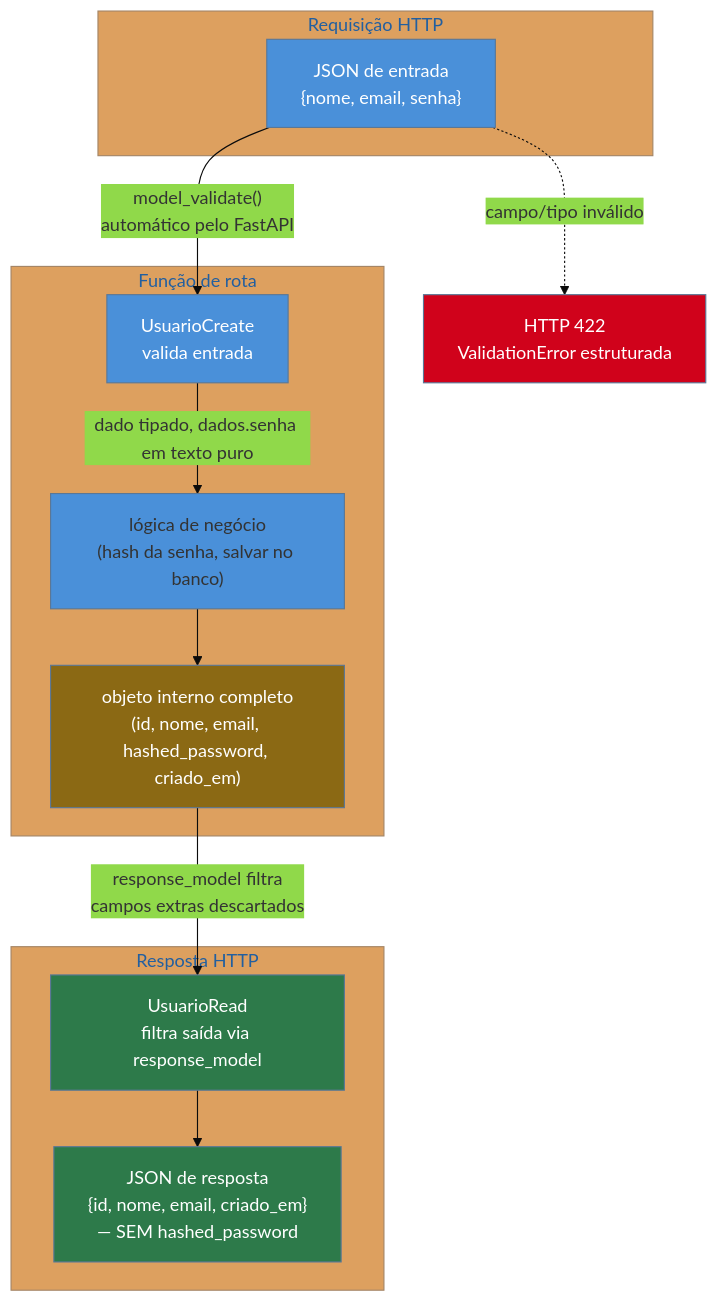
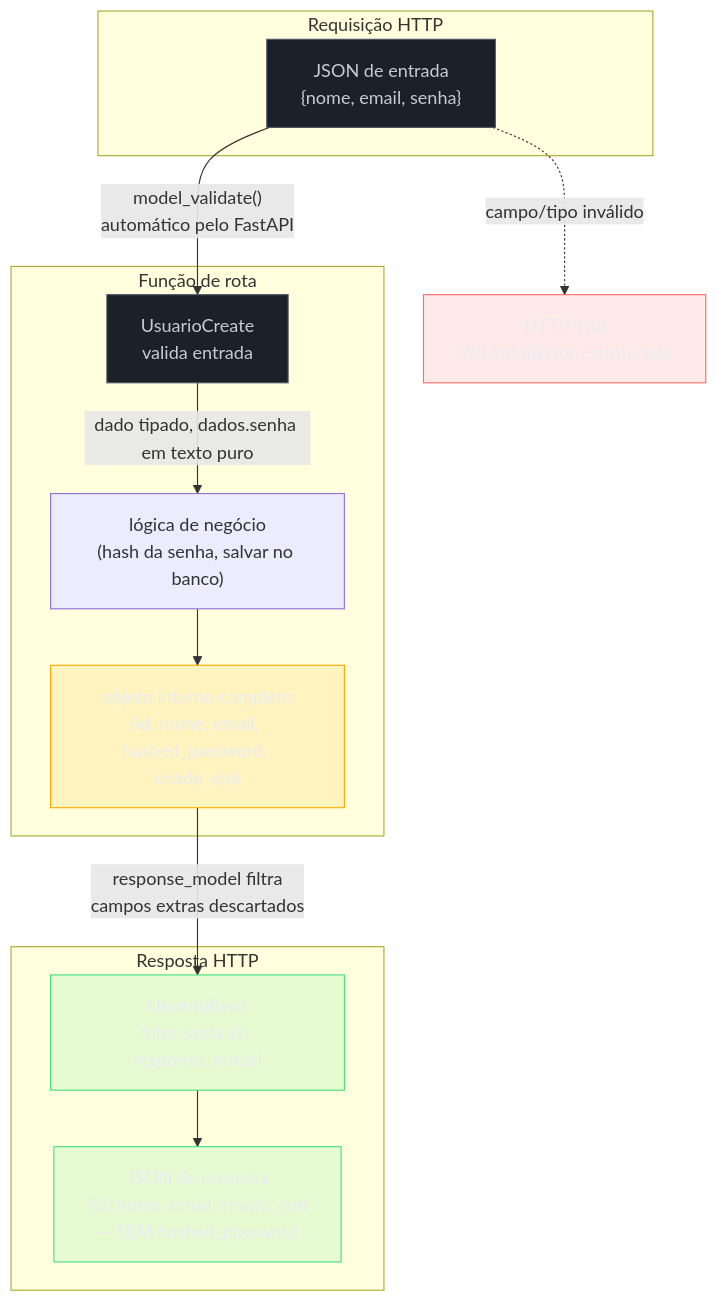
The diagram in 03-Dominios/Tecnologia/Python/Web e APIs REST/03 - Validação e serialização com Pydantic.md (josenaldo/codex-technomanticus), drawn with Mermaid before and after one commit. The commit also changed 1181 other files, not shown here.

First line of the commit message:
fix(diagramas): paleta do sistema no lugar de cor cravada no markdown

````diff
--- a/03-Dominios/Tecnologia/Python/Web e APIs REST/03 - Validação e serialização com Pydantic.md
+++ b/03-Dominios/Tecnologia/Python/Web e APIs REST/03 - Validação e serialização com Pydantic.md
@@ -210,33 +210,36 @@
 ```mermaid
-%%{init: {"theme": "base", "themeVariables": {"primaryColor": "#4A90D9"}}}%%
 flowchart TB
+    classDef neutro fill:#1B2029,stroke:#4E5666,color:#C6CCD8
+    classDef destaque fill:#FFAA0024,stroke:#FFAA00,color:#E9ECF2
+    classDef ok fill:#4ADE8021,stroke:#4ADE80,color:#E9ECF2
+    classDef falha fill:#FF6B6B24,stroke:#FF6B6B,color:#E9ECF2
     subgraph Requisicao["Requisição HTTP"]
         JSON_IN["JSON de entrada\n{nome, email, senha}"]
     end
 
     subgraph Rota["Função de rota"]
         VALID["UsuarioCreate\nvalida entrada"]
         LOGICA["lógica de negócio\n(hash da senha, salvar no banco)"]
         OBJ["objeto interno completo\n(id, nome, email, hashed_password, criado_em)"]
     end
 
     subgraph Saida["Resposta HTTP"]
         FILTRO["UsuarioRead\nfiltra saída via response_model"]
         JSON_OUT["JSON de resposta\n{id, nome, email, criado_em}\n— SEM hashed_password"]
     end
 
     JSON_IN -->|"model_validate()\nautomático pelo FastAPI"| VALID
     VALID -->|"dado tipado, dados.senha em texto puro"| LOGICA
     LOGICA --> OBJ
     OBJ -->|"response_model filtra\ncampos extras descartados"| FILTRO
     FILTRO --> JSON_OUT
 
     JSON_IN -.->|"campo/tipo inválido"| ERRO422["HTTP 422\nValidationError estruturada"]
 
-    style JSON_IN fill:#4A90D9,color:#fff
-    style VALID fill:#4A90D9,color:#fff
-    style OBJ fill:#8b6914,color:#fff
-    style FILTRO fill:#2d7a4a,color:#fff
-    style JSON_OUT fill:#2d7a4a,color:#fff
-    style ERRO422 fill:#D0021B,color:#fff
+    class JSON_IN neutro
+    class VALID neutro
+    class OBJ destaque
+    class FILTRO ok
+    class JSON_OUT ok
+    class ERRO422 falha
 ```
````
